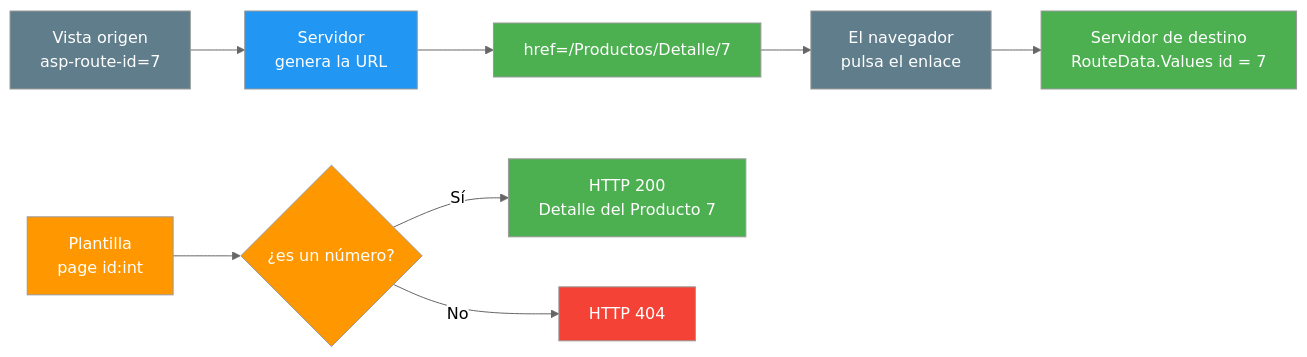
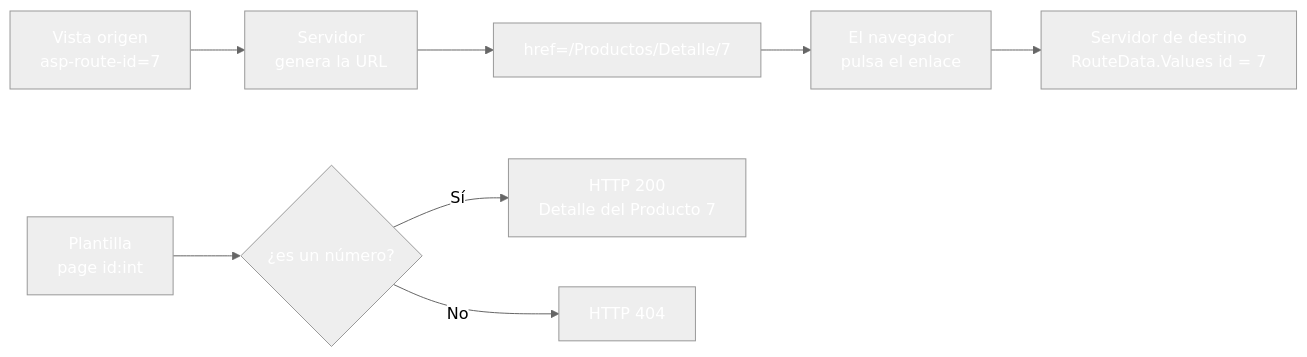
One commit to joseluisgs/DesarrolloWebEntornosServidor-03-2026-2027 changed the second of 5 diagrams in 06-taghelpers.md. Above: the diagram before and after it, drawn with Mermaid (neutral theme). The commit also changed other lines of this file and 30 other files, not shown here.

````diff
--- a/06-taghelpers.md
+++ b/06-taghelpers.md
@@ -136,21 +136,21 @@
 ```mermaid
 graph LR
     A["Vista origen<br/>asp-route-id=7"] --> B["Servidor<br/>genera la URL"]
     B --> C["href=/Productos/Detalle/7"]
     C --> D["El navegador<br/>pulsa el enlace"]
     D --> E["Servidor de destino<br/>RouteData.Values id = 7"]
 
     F["Plantilla<br/>page id:int"] --> G{"¿es un número?"}
     G -->|Sí| H["HTTP 200<br/>Detalle del Producto 7"]
     G -->|No| I["HTTP 404"]
 
-    style A fill:#607D8B,color:#fff
-    style B fill:#2196F3,color:#fff
-    style C fill:#4CAF50,color:#fff
-    style D fill:#607D8B,color:#fff
-    style E fill:#4CAF50,color:#fff
-    style F fill:#FF9800,color:#fff
-    style G fill:#FF9800,color:#fff
-    style H fill:#4CAF50,color:#fff
-    style I fill:#f44336,color:#fff
+    style A fill:#607D8,color:#fffB,color:#fff
+    style B fill:#2196F,color:#fff3,color:#fff
+    style C fill:#4CAF5,color:#fff0,color:#fff
+    style D fill:#607D8,color:#fffB,color:#fff
+    style E fill:#4CAF5,color:#fff0,color:#fff
+    style F fill:#FF980,color:#fff0,color:#fff
+    style G fill:#FF980,color:#fff0,color:#fff
+    style H fill:#4CAF5,color:#fff0,color:#fff
+    style I fill:#f4433,color:#fff6,color:#fff
 ```
````
